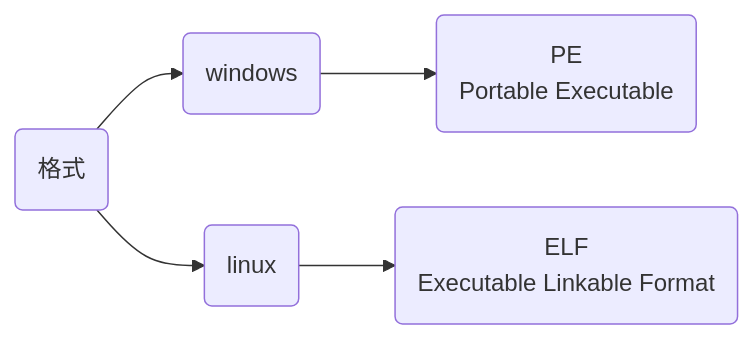
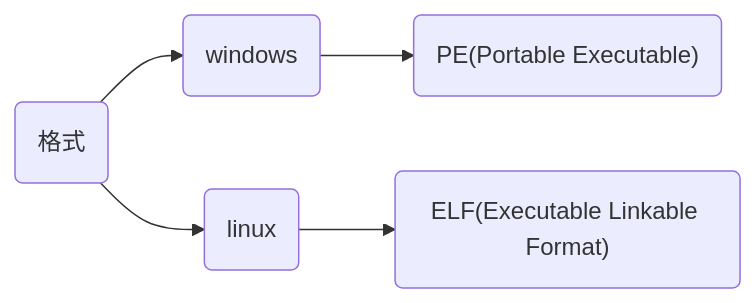
Before and after one commit to dmjcb/dmjcb.github.io: the sixth of 7 diagrams in _posts/language/c_c++/compile/2021-06-15-编译过程.md, drawn with Mermaid. The commit also changed other lines of this file and 19 other files, not shown here.

````diff
--- a/_posts/language/c_c++/compile/2021-06-15-编译过程.md
+++ b/_posts/language/c_c++/compile/2021-06-15-编译过程.md
@@ -442,6 +464,6 @@
 ```mermaid
 graph LR;
     A(格式)
-    A --> B(windows) --> B1(PE<br>Portable Executable)
-    A --> C(linux) --> C1(ELF<br>Executable Linkable Format)
+    A --> B(windows) --> B1("PE(Portable Executable)")
+    A --> C(linux) --> C1("ELF(Executable Linkable Format)")
 ```
````
